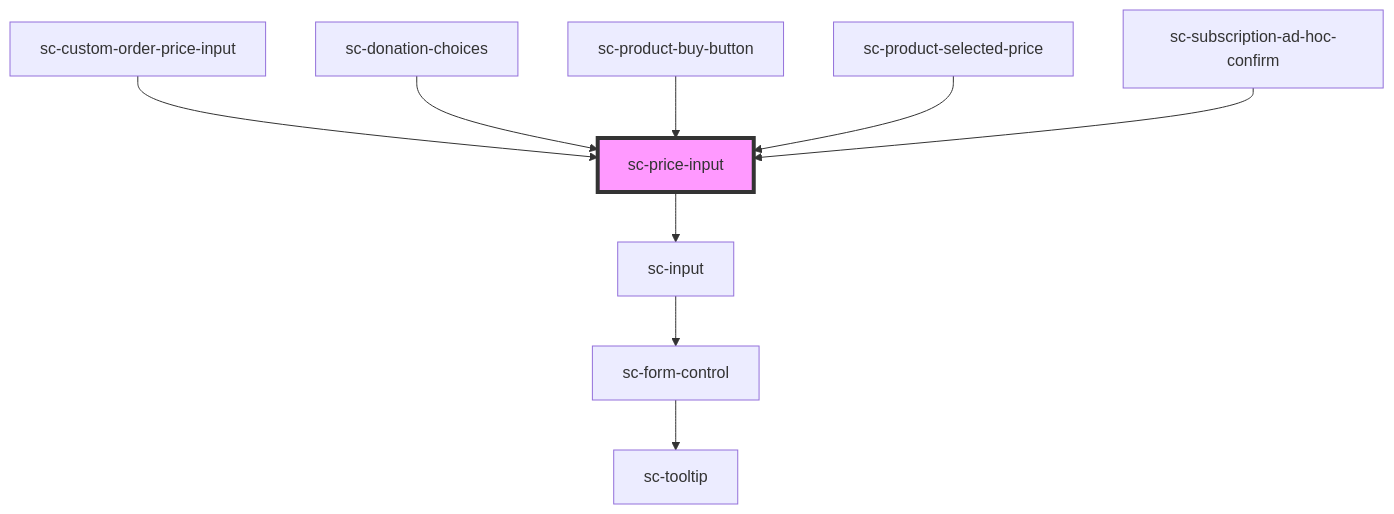
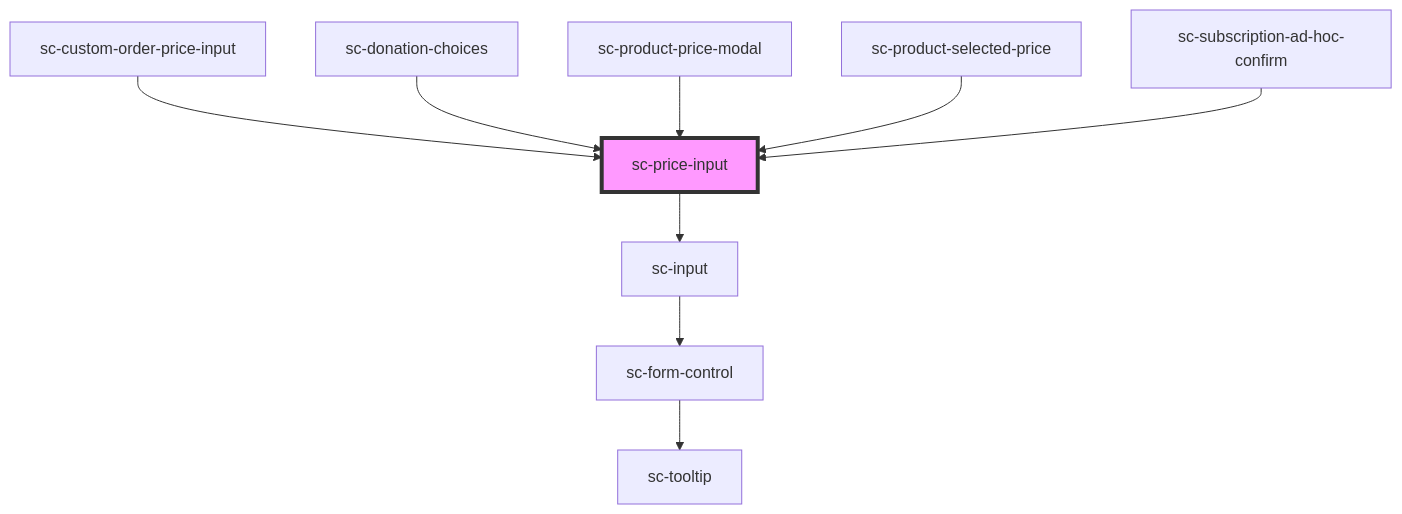
One commit to surecart/surecart-wp-plugin changed the diagram in packages/components/src/components/ui/price-input/readme.md. Above: the diagram before and after it, drawn with Mermaid. The commit also changed other lines of this file and 34 other files, not shown here.

````diff
--- a/packages/components/src/components/ui/price-input/readme.md
+++ b/packages/components/src/components/ui/price-input/readme.md
@@ -114,12 +114,12 @@
 ```mermaid
 graph TD;
   sc-price-input --> sc-input
   sc-input --> sc-form-control
   sc-form-control --> sc-tooltip
   sc-custom-order-price-input --> sc-price-input
   sc-donation-choices --> sc-price-input
-  sc-product-buy-button --> sc-price-input
+  sc-product-price-modal --> sc-price-input
   sc-product-selected-price --> sc-price-input
   sc-subscription-ad-hoc-confirm --> sc-price-input
   style sc-price-input fill:#f9f,stroke:#333,stroke-width:4px
 ```
````
